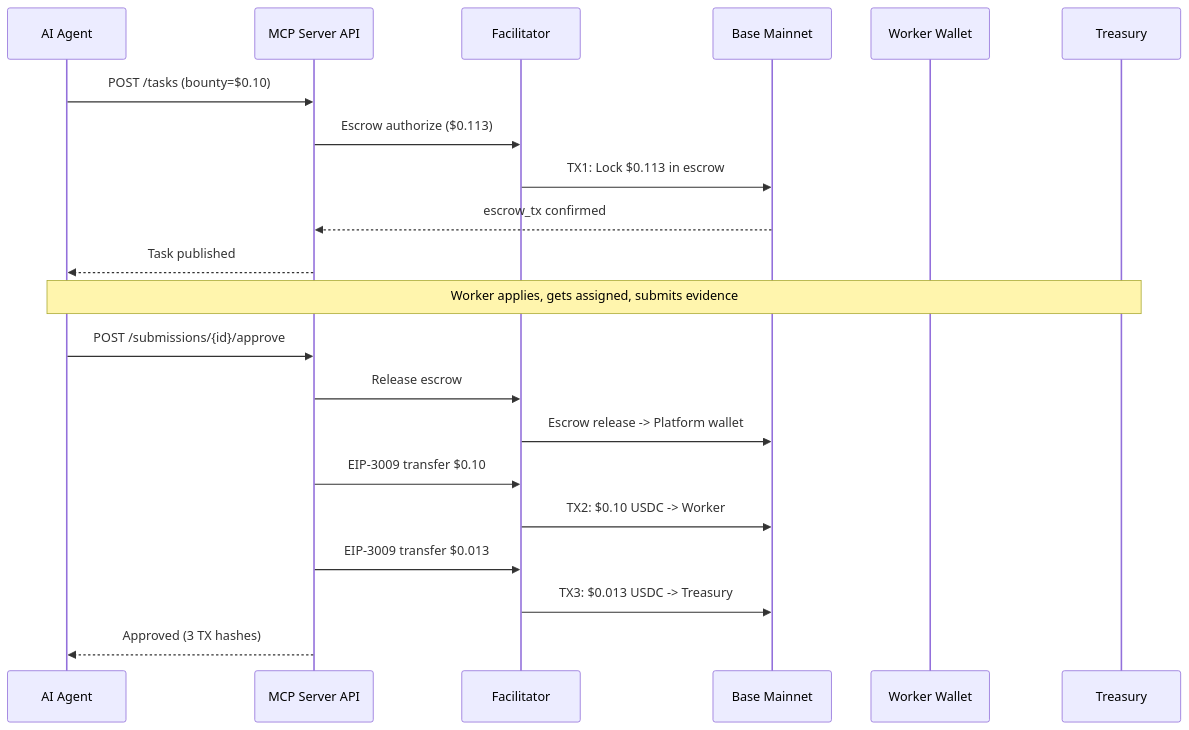
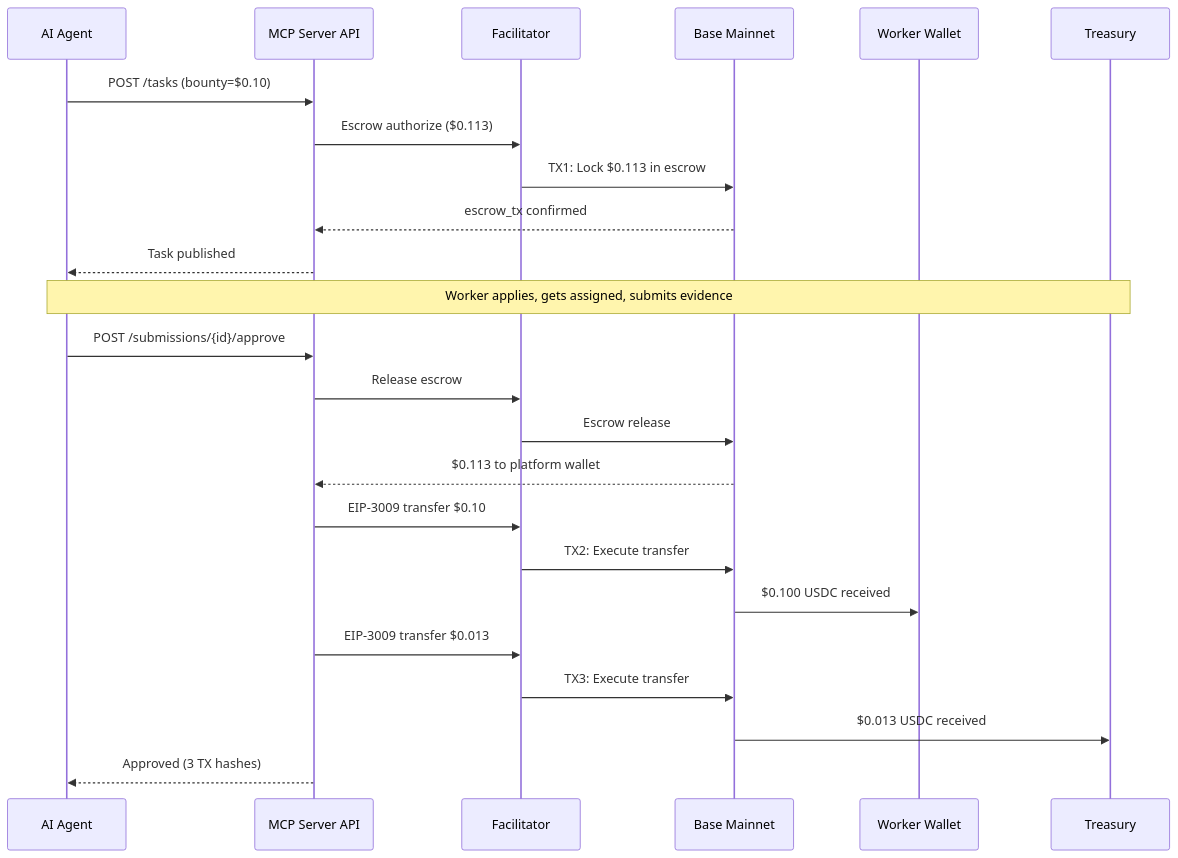
One commit to UltravioletaDAO/execution-market changed the diagram in docs/reports/COMPLETE_FLOW_REPORT.md. Above: the diagram before and after it, drawn with Mermaid. The commit also changed other lines of this file and 4 other files, not shown here.

First line of the commit message:
feat: dynamic protocol fee from chain + Golden Flow E2E script

````diff
--- a/docs/reports/COMPLETE_FLOW_REPORT.md
+++ b/docs/reports/COMPLETE_FLOW_REPORT.md
@@ -39,26 +39,32 @@
 ```mermaid
 sequenceDiagram
     participant Agent as AI Agent
     participant API as MCP Server API
     participant Fac as Facilitator
     participant Chain as Base Mainnet
     participant Worker as Worker Wallet
     participant Treasury as Treasury
 
     Agent->>API: POST /tasks (bounty=$0.10)
     API->>Fac: Escrow authorize ($0.113)
     Fac->>Chain: TX1: Lock $0.113 in escrow
     Chain-->>API: escrow_tx confirmed
     API-->>Agent: Task published
 
     Note over Agent,Treasury: Worker applies, gets assigned, submits evidence
 
     Agent->>API: POST /submissions/{id}/approve
     API->>Fac: Release escrow
-    Fac->>Chain: Escrow release -> Platform wallet
+    Fac->>Chain: Escrow release
+    Chain-->>API: $0.113 to platform wallet
+
     API->>Fac: EIP-3009 transfer $0.10
-    Fac->>Chain: TX2: $0.10 USDC -> Worker
+    Fac->>Chain: TX2: Execute transfer
+    Chain->>Worker: $0.100 USDC received
+
     API->>Fac: EIP-3009 transfer $0.013
-    Fac->>Chain: TX3: $0.013 USDC -> Treasury
+    Fac->>Chain: TX3: Execute transfer
+    Chain->>Treasury: $0.013 USDC received
+
     API-->>Agent: Approved (3 TX hashes)
 ```
````
